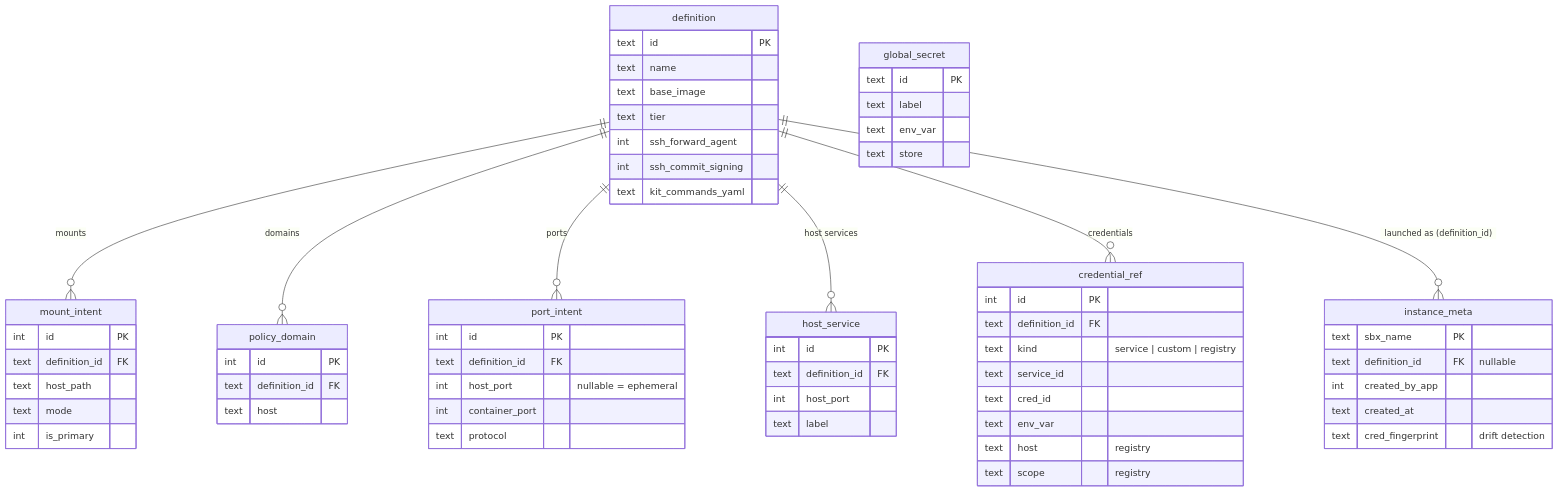
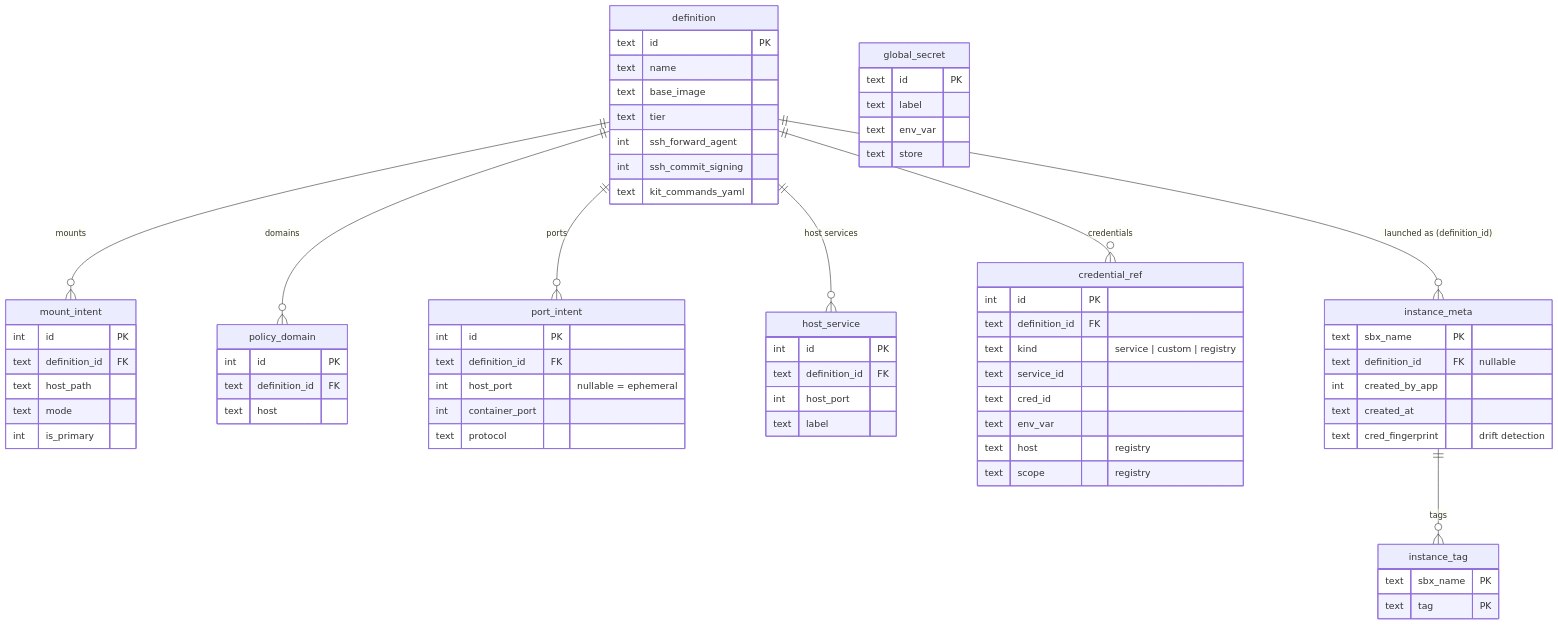
Before and after one commit to konica/ai-sandbox-manager: the fourth of 4 diagrams in docs/ARCHITECTURE.md, drawn with Mermaid. The commit also changed other lines of this file, not shown here.

Commit message:
docs: record instance_tag table, tag-composed names, and port-skip in architecture

````diff
--- a/docs/ARCHITECTURE.md
+++ b/docs/ARCHITECTURE.md
@@ -153,67 +153,72 @@
 ```mermaid
 erDiagram
     definition ||--o{ mount_intent : "mounts"
     definition ||--o{ policy_domain : "domains"
     definition ||--o{ port_intent : "ports"
     definition ||--o{ host_service : "host services"
     definition ||--o{ credential_ref : "credentials"
     definition ||--o{ instance_meta : "launched as (definition_id)"
+    instance_meta ||--o{ instance_tag : "tags"
 
     definition {
         text id PK
         text name
         text base_image
         text tier
         int ssh_forward_agent
         int ssh_commit_signing
         text kit_commands_yaml
     }
     mount_intent {
         int id PK
         text definition_id FK
         text host_path
         text mode
         int is_primary
     }
     policy_domain {
         int id PK
         text definition_id FK
         text host
     }
     port_intent {
         int id PK
         text definition_id FK
         int host_port "nullable = ephemeral"
         int container_port
         text protocol
     }
     host_service {
         int id PK
         text definition_id FK
         int host_port
         text label
     }
     credential_ref {
         int id PK
         text definition_id FK
         text kind "service | custom | registry"
         text service_id
         text cred_id
         text env_var
         text host "registry"
         text scope "registry"
     }
     instance_meta {
         text sbx_name PK
         text definition_id FK "nullable"
         int created_by_app
         text created_at
         text cred_fingerprint "drift detection"
     }
+    instance_tag {
+        text sbx_name PK
+        text tag PK
+    }
     global_secret {
         text id PK
         text label
         text env_var
         text store
     }
 ```
````
